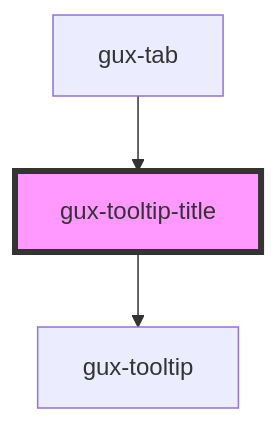
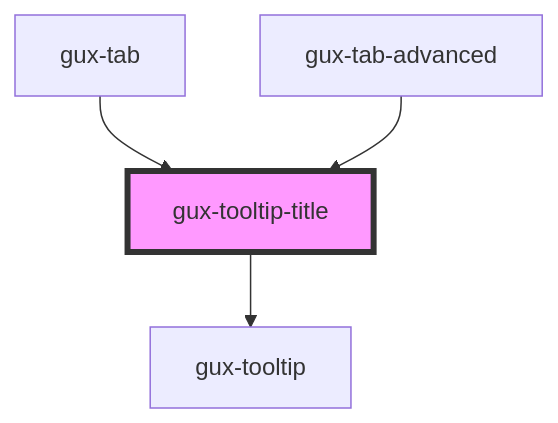
One commit to MyPureCloud/genesys-spark changed the diagram in src/components/stable/gux-tooltip-title/readme.md. Above: the diagram before and after it, drawn with Mermaid. The commit also changed other lines of this file and 5 other files, not shown here.

Commit message:
feat(gux-tabs-advanced): added tooltip when tab title overflows

````diff
--- a/src/components/stable/gux-tooltip-title/readme.md
+++ b/src/components/stable/gux-tooltip-title/readme.md
@@ -26,6 +27,7 @@
 ```mermaid
 graph TD;
   gux-tooltip-title --> gux-tooltip
   gux-tab --> gux-tooltip-title
+  gux-tab-advanced --> gux-tooltip-title
   style gux-tooltip-title fill:#f9f,stroke:#333,stroke-width:4px
 ```
````
